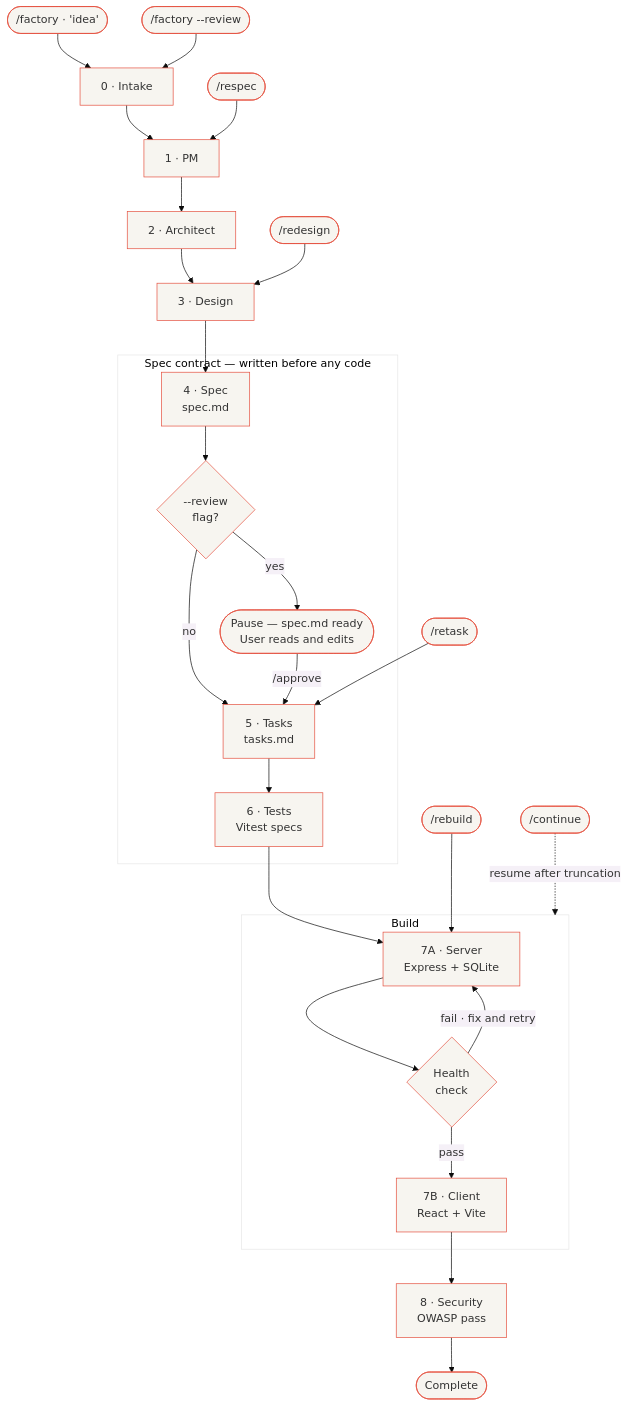
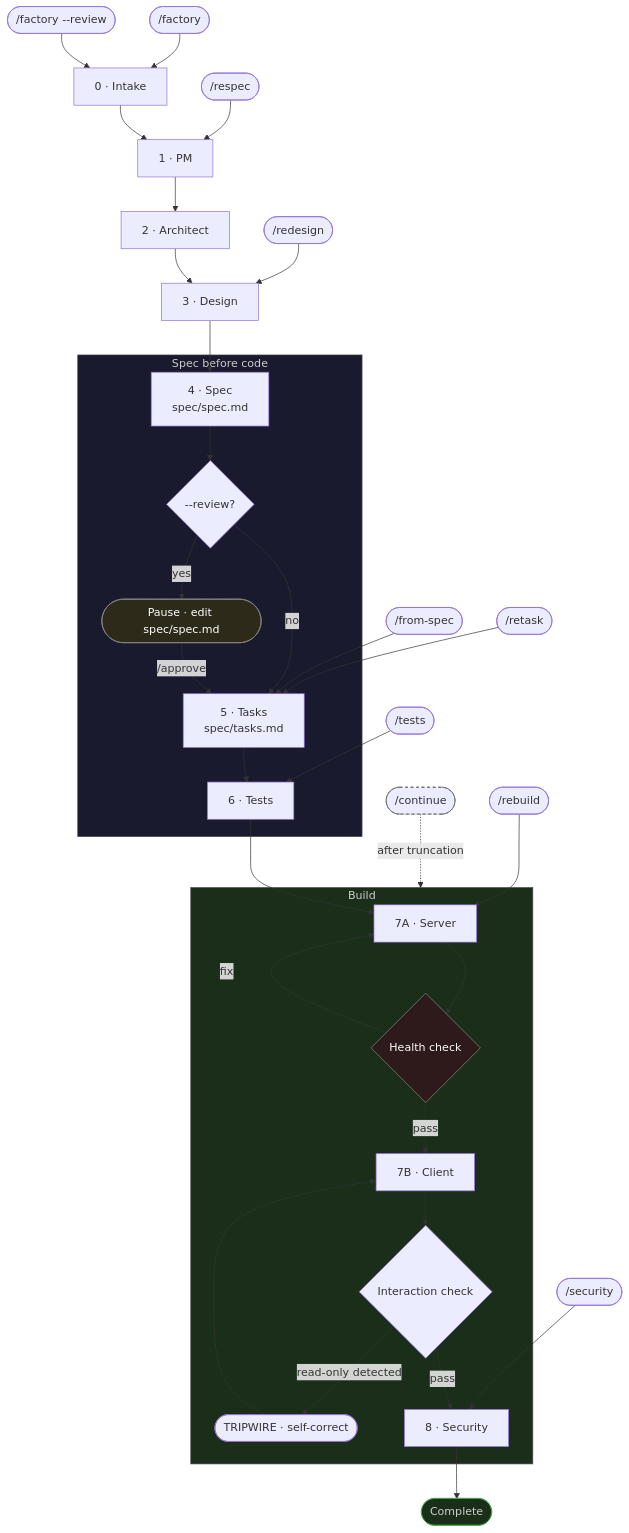
The diagram in README.md (swamichandra/ship-it-ralph), drawn with Mermaid before and after one commit. The commit also changed other lines of this file and 28 other files, not shown here.

````diff
--- a/README.md
+++ b/README.md
@@ -103,39 +112,49 @@
 ```mermaid
-%%{init: {'theme': 'base', 'themeVariables': { 'primaryColor': '#F7F5F0', 'primaryBorderColor': '#E5503F'}}}%%
 flowchart TD
-    START([/factory · 'idea']) --> P0
+    START([/factory]) --> P0
     STARTREVIEW([/factory --review]) --> P0
+    FROM_SPEC([/from-spec]) --> P5
 
     P0[0 · Intake] --> P1
     P1[1 · PM] --> P2
     P2[2 · Architect] --> P3
     P3[3 · Design] --> P4
 
-    subgraph CONTRACT [" Spec contract — written before any code "]
-        P4[4 · Spec\nspec.md] --> REVIEWGATE{--review\nflag?}
+    subgraph CONTRACT [" Spec before code "]
+        P4[4 · Spec\nspec/spec.md] --> REVIEWGATE{--review?}
         REVIEWGATE -->|no| P5
-        REVIEWGATE -->|yes| PAUSE([Pause — spec.md ready\nUser reads and edits])
+        REVIEWGATE -->|yes| PAUSE([Pause · edit spec/spec.md])
         PAUSE -->|/approve| P5
-        P5[5 · Tasks\ntasks.md] --> P6
-        P6[6 · Tests\nVitest specs]
+        P5[5 · Tasks\nspec/tasks.md] --> P6
+        P6[6 · Tests]
     end
 
     P6 --> P7A
 
     subgraph BUILD [" Build "]
-        P7A[7A · Server\nExpress + SQLite] --> GATE{Health\ncheck}
+        P7A[7A · Server] --> GATE{Health check}
         GATE -->|pass| P7B
-        GATE -->|fail · fix and retry| P7A
-        P7B[7B · Client\nReact + Vite]
+        GATE -->|fix| P7A
+        P7B[7B · Client] --> INTGATE{Interaction check}
+        INTGATE -->|pass| P8
+        INTGATE -->|read-only detected| TRIPWIRE([TRIPWIRE · self-correct])
+        TRIPWIRE --> P7B
     end
 
-    P7B --> P8[8 · Security\nOWASP pass]
-    P8 --> DONE([Complete])
+    P8[8 · Security] --> DONE([Complete])
 
-    CONTINUE([/continue]) -.->|resume after truncation| BUILD
+    CONTINUE([/continue]) -.->|after truncation| BUILD
+    TESTS_CMD([/tests]) --> P6
+    SEC_CMD([/security]) --> P8
+    RETASK([/retask]) --> P5
+    REDESIGN([/redesign]) --> P3
+    RESPEC([/respec]) --> P1
+    REBUILD([/rebuild]) --> P7A
 
-    RETASK([/retask])     --> P5
-    REDESIGN([/redesign]) --> P3
-    RESPEC([/respec])     --> P1
-    REBUILD([/rebuild])   --> P7A
+    style CONTRACT fill:#1a1a2e,stroke:#444,color:#ccc
+    style BUILD fill:#1a2e1a,stroke:#444,color:#ccc
+    style GATE fill:#2e1a1a,stroke:#888,color:#fff
+    style PAUSE fill:#2e2a1a,stroke:#888,color:#fff
+    style DONE fill:#1a2e1a,stroke:#4a4,color:#ccc
+    style CONTINUE stroke:#666,stroke-dasharray:4
 ```
````
